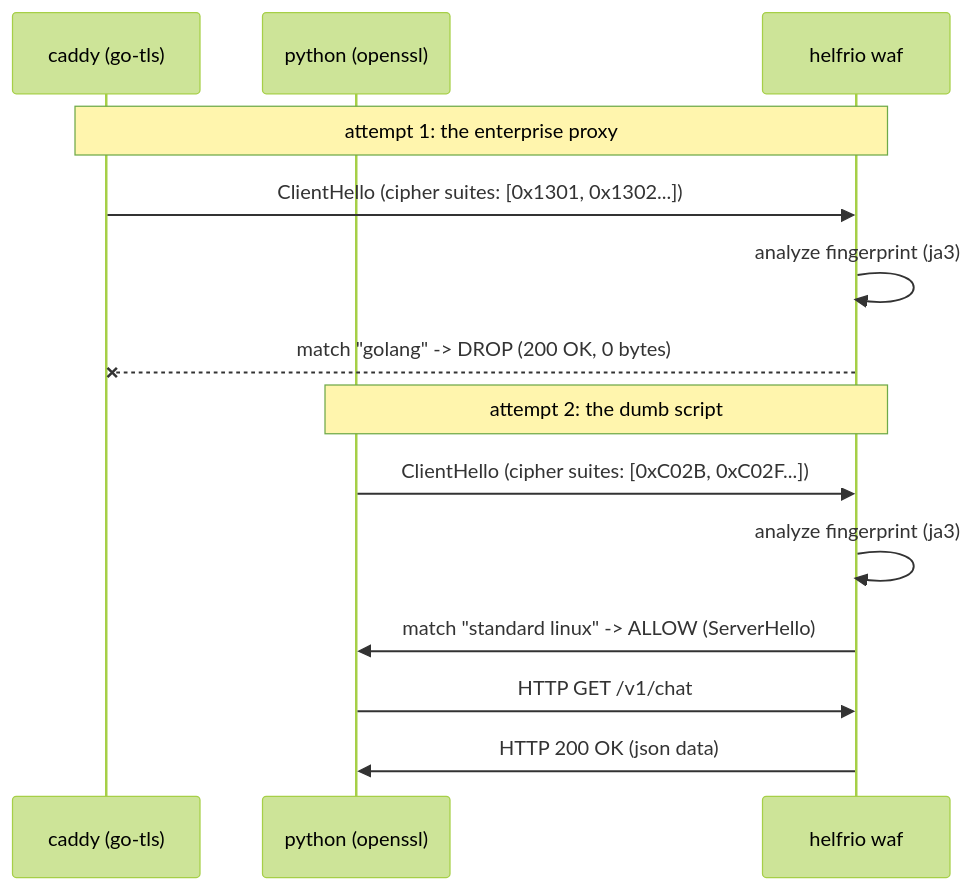
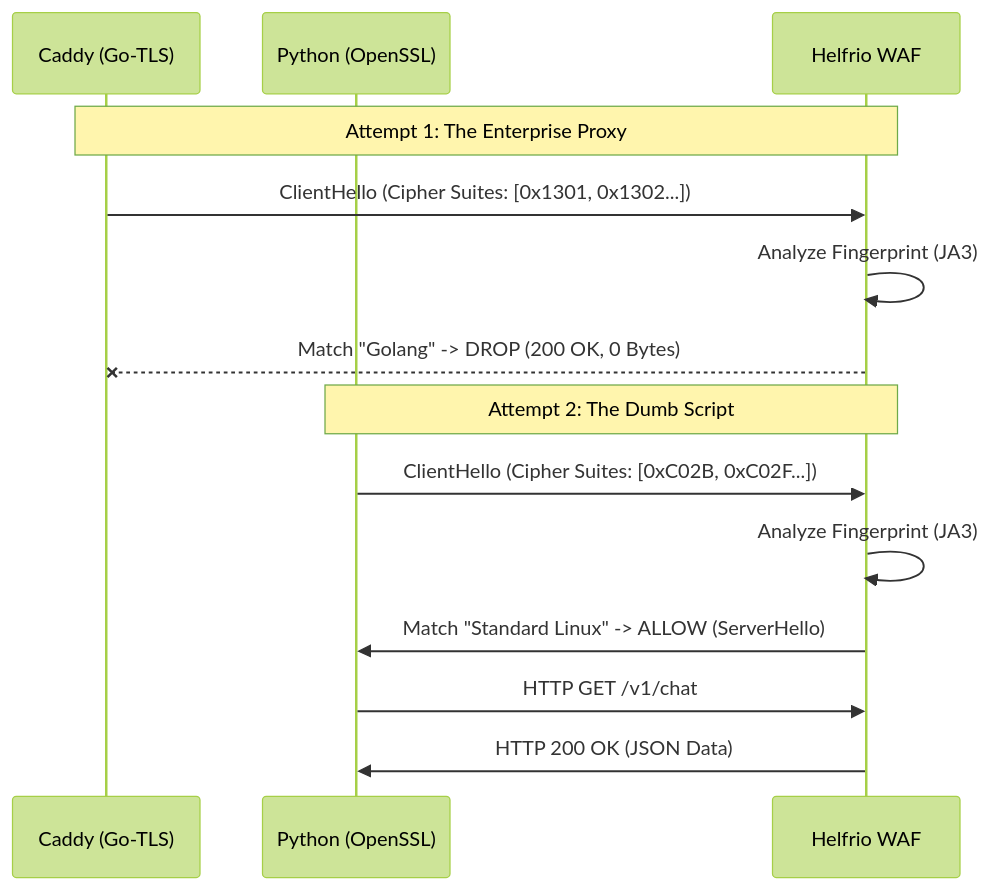
Before and after one commit to Microck/ja3-bypass-gateway: the fourth of 6 diagrams in README.md, drawn with Mermaid (forest theme). The commit also changed other lines of this file, not shown here.

````diff
--- a/README.md
+++ b/README.md
@@ -170,18 +170,18 @@
 ```mermaid
 sequenceDiagram
-    participant C as caddy (go-tls)
-    participant P as python (openssl)
-    participant W as helfrio waf
+    participant C as Caddy (Go-TLS)
+    participant P as Python (OpenSSL)
+    participant W as Helfrio WAF
 
-    Note over C,W: attempt 1: the enterprise proxy
-    C->>W: ClientHello (cipher suites: [0x1301, 0x1302...])
-    W->>W: analyze fingerprint (ja3)
-    W--x C: match "golang" -> DROP (200 OK, 0 bytes)
+    Note over C,W: Attempt 1: The Enterprise Proxy
+    C->>W: ClientHello (Cipher Suites: [0x1301, 0x1302...])
+    W->>W: Analyze Fingerprint (JA3)
+    W--x C: Match "Golang" -> DROP (200 OK, 0 Bytes)
 
-    Note over P,W: attempt 2: the dumb script
-    P->>W: ClientHello (cipher suites: [0xC02B, 0xC02F...])
-    W->>W: analyze fingerprint (ja3)
-    W->>P: match "standard linux" -> ALLOW (ServerHello)
+    Note over P,W: Attempt 2: The Dumb Script
+    P->>W: ClientHello (Cipher Suites: [0xC02B, 0xC02F...])
+    W->>W: Analyze Fingerprint (JA3)
+    W->>P: Match "Standard Linux" -> ALLOW (ServerHello)
     P->>W: HTTP GET /v1/chat
-    W->>P: HTTP 200 OK (json data)
+    W->>P: HTTP 200 OK (JSON Data)
 ```
````
